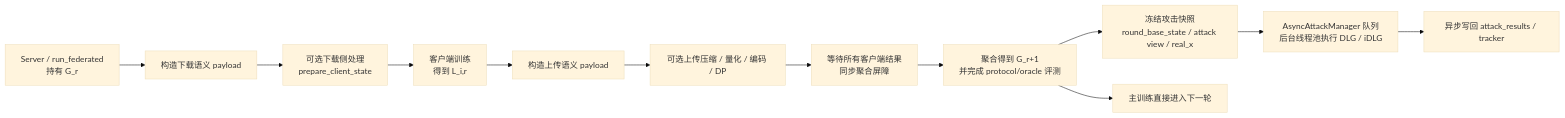
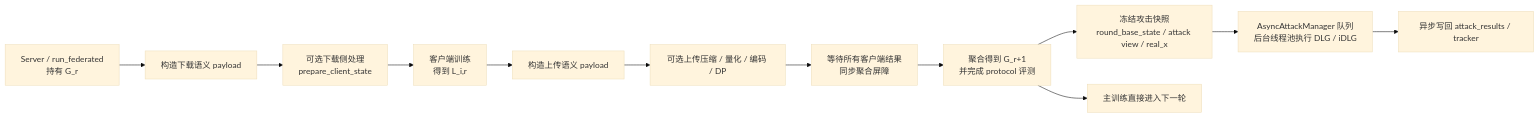
The second of 4 diagrams in docs/联邦框架四种运行形态示意图.md (Zhang-Yukun/fl), drawn with Mermaid (base theme) before and after one commit. The commit also changed other lines of this file and 40 other files, not shown here.

````diff
--- a/docs/联邦框架四种运行形态示意图.md
+++ b/docs/联邦框架四种运行形态示意图.md
@@ -57,14 +56,14 @@
 ```mermaid
 flowchart LR
     S["Server / run_federated<br/>持有 G_r"] --> D0["构造下载语义 payload"]
     D0 --> D1["可选下载侧处理<br/>prepare_client_state"]
     D1 --> C0["客户端训练<br/>得到 L_i,r"]
     C0 --> U0["构造上传语义 payload"]
     U0 --> U1["可选上传压缩 / 量化 / 编码 / DP"]
     U1 --> B["等待所有客户端结果<br/>同步聚合屏障"]
-    B --> A["聚合得到 G_r+1<br/>并完成 protocol/oracle 评测"]
+    B --> A["聚合得到 G_r+1<br/>并完成 protocol 评测"]
     A --> SNAP["冻结攻击快照<br/>round_base_state / attack view / real_x"]
     SNAP --> Q["AsyncAttackManager 队列<br/>后台线程池执行 DLG / iDLG"]
     A --> N["主训练直接进入下一轮"]
     Q --> R["异步写回 attack_results / tracker"]
 ```
````
